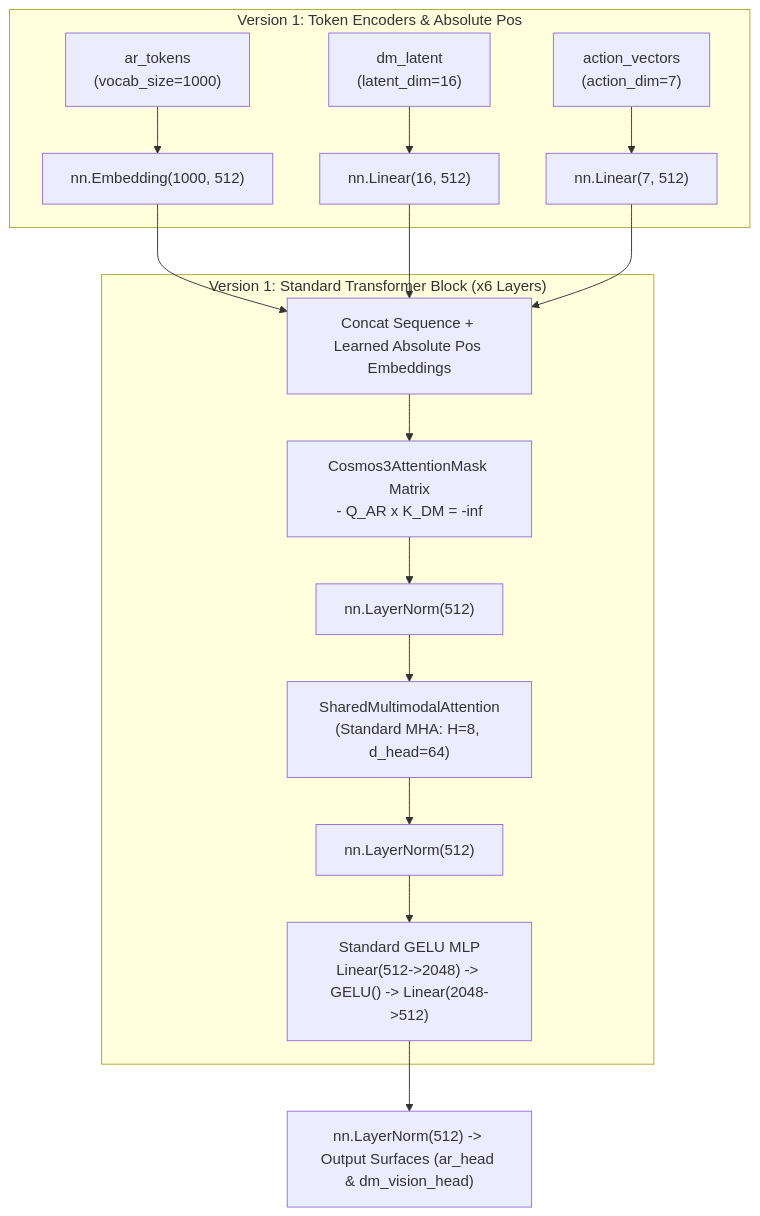
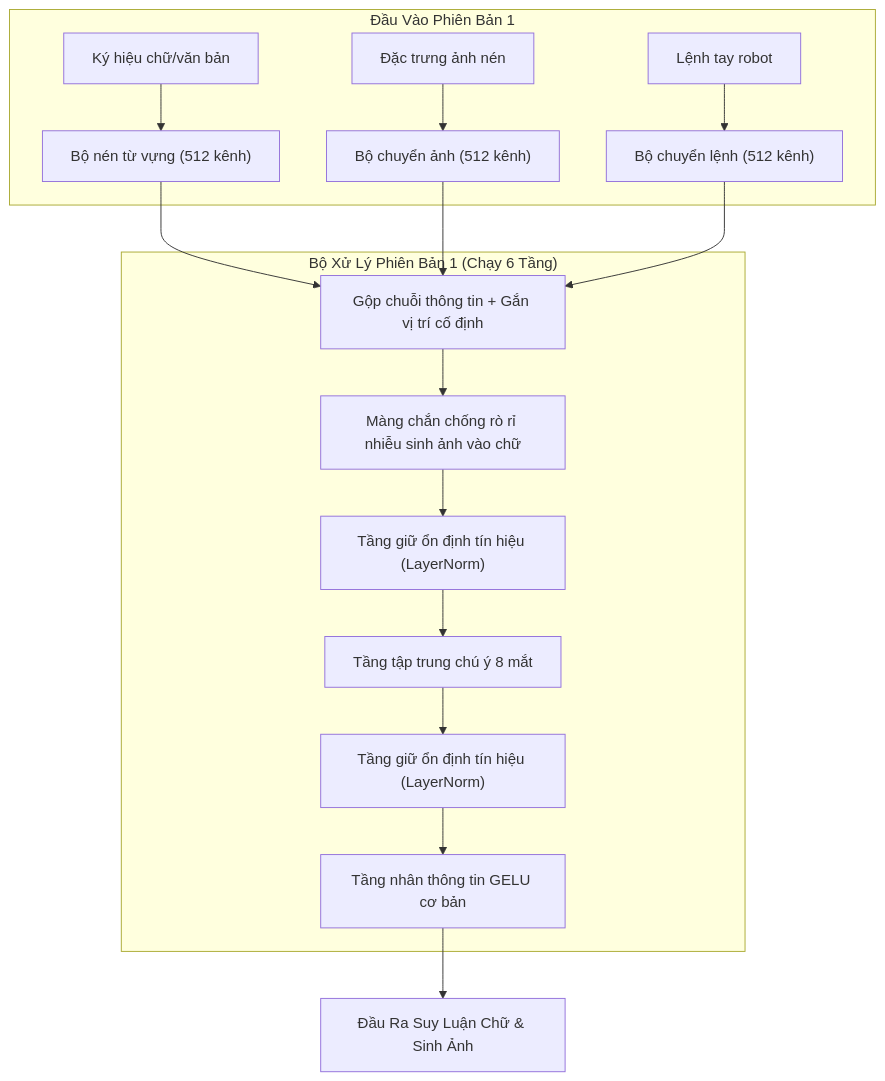
Before and after one commit to datascience180806/mini_cosmos: the second of 8 diagrams in VERSION_COMPARISON.md, drawn with Mermaid. The commit also changed other lines of this file, not shown here.

Commit message:
Simplify language in VERSION_COMPARISON.md by replacing math formulas and technical terms with clear, intuitive Vietnamese concepts

````diff
--- a/VERSION_COMPARISON.md
+++ b/VERSION_COMPARISON.md
@@ -60,22 +60,22 @@
 ```mermaid
 flowchart TD
-    subgraph V1_INPUTS["Version 1: Token Encoders & Absolute Pos"]
-        V1_AR["ar_tokens\n(vocab_size=1000)"] --> V1_EMB["nn.Embedding(1000, 512)"]
-        V1_DM["dm_latent\n(latent_dim=16)"] --> V1_PROJ["nn.Linear(16, 512)"]
-        V1_ACT["action_vectors\n(action_dim=7)"] --> V1_ACT_PROJ["nn.Linear(7, 512)"]
+    subgraph V1_INPUTS["Đầu Vào Phiên Bản 1"]
+        V1_AR["Ký hiệu chữ/văn bản"] --> V1_EMB["Bộ nén từ vựng (512 kênh)"]
+        V1_DM["Đặc trưng ảnh nén"] --> V1_PROJ["Bộ chuyển ảnh (512 kênh)"]
+        V1_ACT["Lệnh tay robot"] --> V1_ACT_PROJ["Bộ chuyển lệnh (512 kênh)"]
     end
 
-    V1_EMB --> V1_CAT["Concat Sequence + Learned Absolute Pos Embeddings"]
+    V1_EMB --> V1_CAT["Gộp chuỗi thông tin + Gắn vị trí cố định"]
     V1_PROJ --> V1_CAT
     V1_ACT_PROJ --> V1_CAT
 
-    subgraph V1_BLOCKS["Version 1: Standard Transformer Block (x6 Layers)"]
-        V1_CAT --> V1_MASK["Cosmos3AttentionMask Matrix\n- Q_AR x K_DM = -inf"]
-        V1_MASK --> V1_LN1["nn.LayerNorm(512)"]
-        V1_LN1 --> V1_MHA["SharedMultimodalAttention\n(Standard MHA: H=8, d_head=64)"]
-        V1_MHA --> V1_LN2["nn.LayerNorm(512)"]
-        V1_LN2 --> V1_GELU["Standard GELU MLP\nLinear(512->2048) -> GELU() -> Linear(2048->512)"]
+    subgraph V1_BLOCKS["Bộ Xử Lý Phiên Bản 1 (Chạy 6 Tầng)"]
+        V1_CAT --> V1_MASK["Màng chắn chống rò rỉ nhiễu sinh ảnh vào chữ"]
+        V1_MASK --> V1_LN1["Tầng giữ ổn định tín hiệu (LayerNorm)"]
+        V1_LN1 --> V1_MHA["Tầng tập trung chú ý 8 mắt"]
+        V1_MHA --> V1_LN2["Tầng giữ ổn định tín hiệu (LayerNorm)"]
+        V1_LN2 --> V1_GELU["Tầng nhân thông tin GELU cơ bản"]
     end
 
-    V1_GELU --> V1_OUT["nn.LayerNorm(512) -> Output Surfaces (ar_head & dm_vision_head)"]
+    V1_GELU --> V1_OUT["Đầu Ra Suy Luận Chữ & Sinh Ảnh"]
 ```
````
